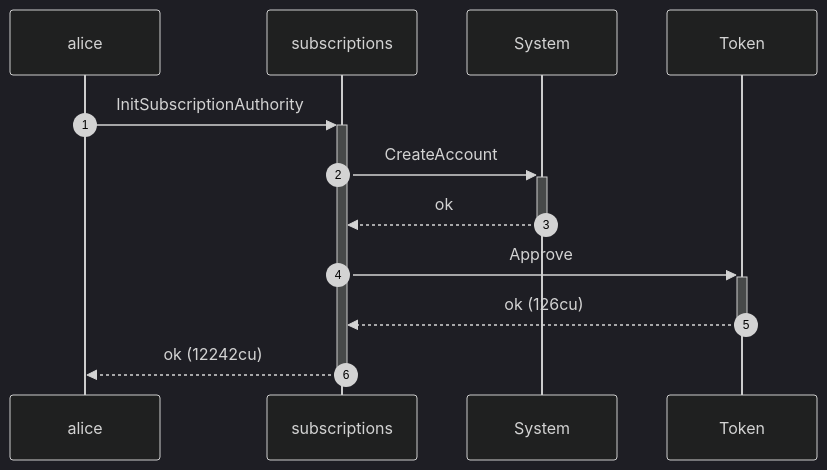
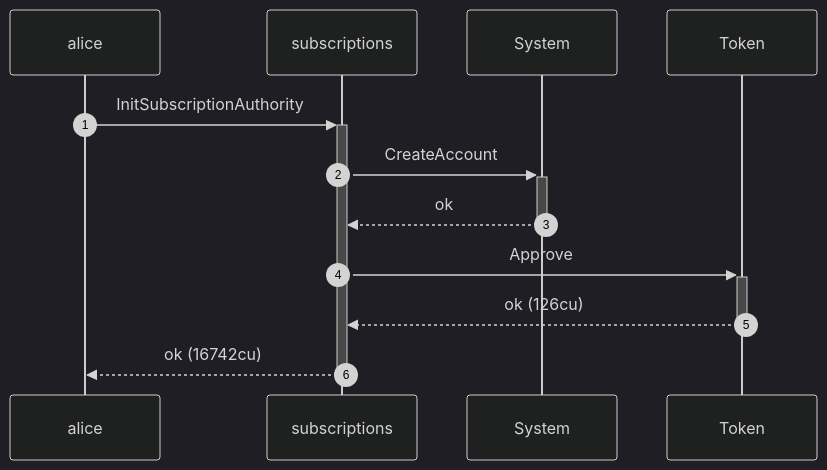
Before and after one commit to cds-rs/subscriptions: the second of 12 diagrams in dsl_tests/a-sponsor-cannot-revoke-within-the-drift-window.md, drawn with Mermaid (dark theme). The commit also changed other lines of this file and 224 other files, not shown here.

````diff
--- a/dsl_tests/a-sponsor-cannot-revoke-within-the-drift-window.md
+++ b/dsl_tests/a-sponsor-cannot-revoke-within-the-drift-window.md
@@ -36,14 +37,14 @@
 ```mermaid
 sequenceDiagram
     autonumber
     participant alice
     participant subscriptions
     participant System
     participant Token
     alice ->>+ subscriptions: InitSubscriptionAuthority
     subscriptions ->>+ System: CreateAccount
     System -->>- subscriptions: ok
     subscriptions ->>+ Token: Approve
     Token -->>- subscriptions: ok (126cu)
-    subscriptions -->>- alice: ok (12242cu)
+    subscriptions -->>- alice: ok (16742cu)
 ```
````
